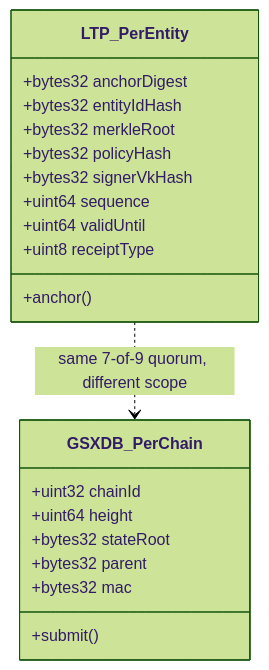
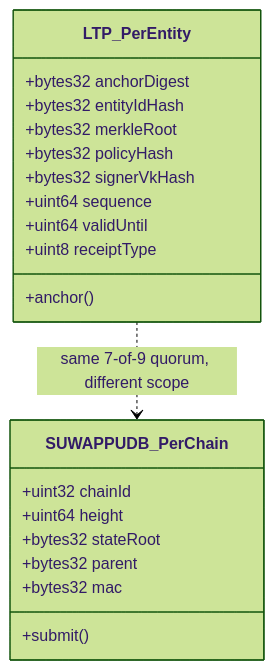
One commit to nanofaxcopy/suwappu-lattice-protocol changed the diagram in docs/visuals/mermaid/anchor-registry.md. Above: the diagram before and after it, drawn with Mermaid (forest theme). The commit also changed 164 other files, not shown here.

````diff
--- a/docs/visuals/mermaid/anchor-registry.md
+++ b/docs/visuals/mermaid/anchor-registry.md
@@ -3,23 +3,23 @@
 ```mermaid
 classDiagram
   class LTP_PerEntity {
     +bytes32 anchorDigest
     +bytes32 entityIdHash
     +bytes32 merkleRoot
     +bytes32 policyHash
     +bytes32 signerVkHash
     +uint64 sequence
     +uint64 validUntil
     +uint8 receiptType
     +anchor()
   }
-  class GSXDB_PerChain {
+  class SUWAPPUDB_PerChain {
     +uint32 chainId
     +uint64 height
     +bytes32 stateRoot
     +bytes32 parent
     +bytes32 mac
     +submit()
   }
-  LTP_PerEntity ..> GSXDB_PerChain : same 7-of-9 quorum, different scope
+  LTP_PerEntity ..> SUWAPPUDB_PerChain : same 7-of-9 quorum, different scope
 ```
````
